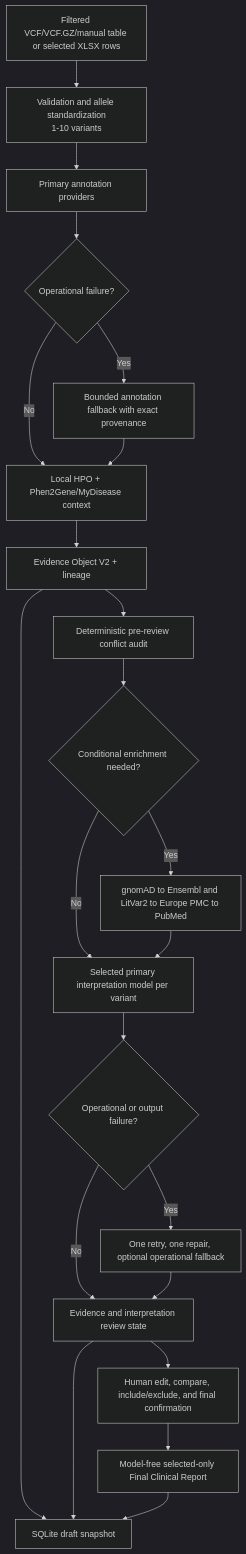
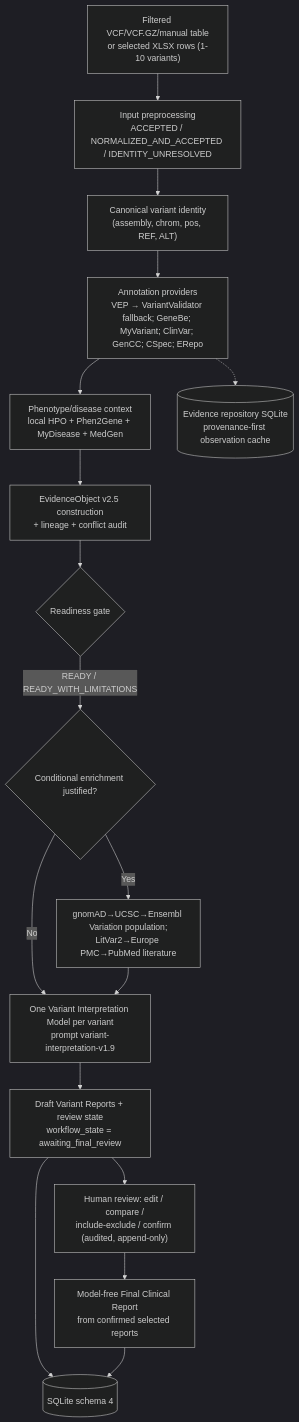
One commit to parhamKIY/CLINCAL_VARIANT_WEB_APPLICATION changed the diagram in docs/PROJECT_DECLARATION.md. Above: the diagram before and after it, drawn with Mermaid (dark theme). The commit also changed other lines of this file and 13 other files, not shown here.

````diff
--- a/docs/PROJECT_DECLARATION.md
+++ b/docs/PROJECT_DECLARATION.md
@@ -619,24 +119,19 @@
 ```mermaid
 flowchart TD
-    U["Filtered VCF/VCF.GZ/manual table or selected XLSX rows"] --> V["Validation and allele standardization<br/>1-10 variants"]
-    V --> A["Primary annotation providers"]
-    A --> AO{"Operational failure?"}
-    AO -- No --> P["Local HPO + Phen2Gene/MyDisease context"]
-    AO -- Yes --> AF["Bounded annotation fallback with exact provenance"]
-    AF --> P
-    P --> E["Evidence Object V2 + lineage"]
-    E --> C1["Deterministic pre-review conflict audit"]
-    C1 --> CE{"Conditional enrichment needed?"}
-    CE -- Yes --> X["gnomAD to Ensembl and LitVar2 to Europe PMC to PubMed"]
+    I["Filtered VCF/VCF.GZ/manual table<br/>or selected XLSX rows (1-10 variants)"] --> P["Input preprocessing<br/>ACCEPTED / NORMALIZED_AND_ACCEPTED / IDENTITY_UNRESOLVED"]
+    P --> V["Canonical variant identity<br/>(assembly, chrom, pos, REF, ALT)"]
+    V --> A["Annotation providers<br/>VEP → VariantValidator fallback; GeneBe; MyVariant; ClinVar; GenCC; CSpec; ERepo"]
+    A --> PH["Phenotype/disease context<br/>local HPO + Phen2Gene + MyDisease + MedGen"]
+    PH --> E["EvidenceObject v2.5 construction<br/>+ lineage + conflict audit"]
+    E --> R{"Readiness gate"}
+    R -- "READY / READY_WITH_LIMITATIONS" --> CE{"Conditional enrichment justified?"}
+    CE -- Yes --> X["gnomAD→UCSC→Ensembl Variation population;<br/>LitVar2→Europe PMC→PubMed literature"]
     CE -- No --> VI
-    X --> VI["Selected primary interpretation model per variant"]
-    VI --> VR{"Operational or output failure?"}
-    VR -- No --> D["Evidence and interpretation review state"]
-    VR -- Yes --> VX["One retry, one repair, optional operational fallback"]
-    VX --> D
-    D --> H["Human edit, compare, include/exclude, and final confirmation"]
-    H --> F["Model-free selected-only Final Clinical Report"]
-    E --> DB["SQLite draft snapshot"]
-    D --> DB
+    X --> VI["One Variant Interpretation Model per variant<br/>prompt variant-interpretation-v1.9"]
+    VI --> D["Draft Variant Reports + review state<br/>workflow_state = awaiting_final_review"]
+    D --> H["Human review: edit / compare /<br/>include-exclude / confirm (audited, append-only)"]
+    H --> F["Model-free Final Clinical Report<br/>from confirmed selected reports"]
+    D --> DB[("SQLite schema 4")]
     F --> DB
+    A -.-> ER[("Evidence repository SQLite<br/>provenance-first observation cache")]
 ```
````
